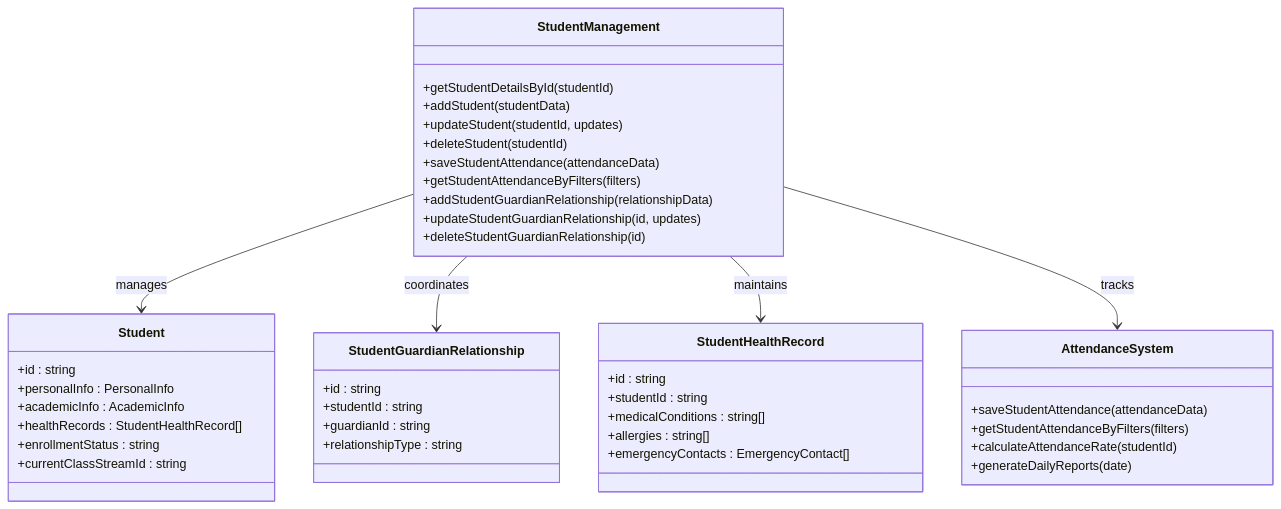
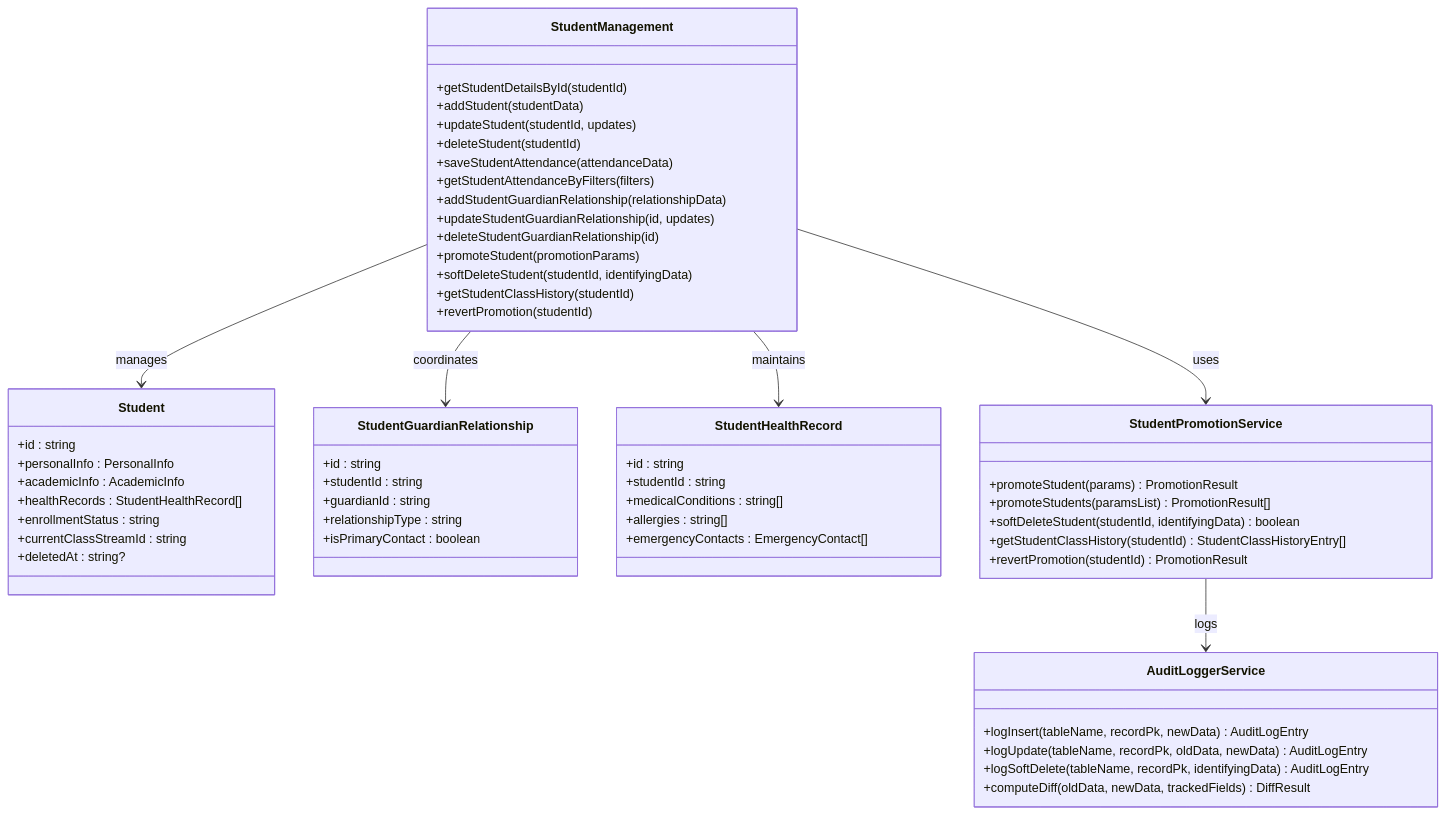
The fourth of 5 diagrams in .qoder/repowiki/en/content/Modules System/Administration Module.md (geniusdynamics/schoolpilot), drawn with Mermaid before and after one commit. The commit also changed other lines of this file and 21 other files, not shown here.

````diff
--- a/.qoder/repowiki/en/content/Modules System/Administration Module.md
+++ b/.qoder/repowiki/en/content/Modules System/Administration Module.md
@@ -262,45 +505,59 @@
 ```mermaid
 classDiagram
 class StudentManagement {
 +getStudentDetailsById(studentId)
 +addStudent(studentData)
 +updateStudent(studentId, updates)
 +deleteStudent(studentId)
 +saveStudentAttendance(attendanceData)
 +getStudentAttendanceByFilters(filters)
 +addStudentGuardianRelationship(relationshipData)
 +updateStudentGuardianRelationship(id, updates)
 +deleteStudentGuardianRelationship(id)
++promoteStudent(promotionParams)
++softDeleteStudent(studentId, identifyingData)
++getStudentClassHistory(studentId)
++revertPromotion(studentId)
 }
 class Student {
 +id : string
 +personalInfo : PersonalInfo
 +academicInfo : AcademicInfo
 +healthRecords : StudentHealthRecord[]
 +enrollmentStatus : string
 +currentClassStreamId : string
++deletedAt : string?
 }
 class StudentGuardianRelationship {
 +id : string
 +studentId : string
 +guardianId : string
 +relationshipType : string
++isPrimaryContact : boolean
 }
 class StudentHealthRecord {
 +id : string
 +studentId : string
 +medicalConditions : string[]
 +allergies : string[]
 +emergencyContacts : EmergencyContact[]
 }
-class AttendanceSystem {
-+saveStudentAttendance(attendanceData)
-+getStudentAttendanceByFilters(filters)
-+calculateAttendanceRate(studentId)
-+generateDailyReports(date)
+class StudentPromotionService {
++promoteStudent(params) PromotionResult
++promoteStudents(paramsList) PromotionResult[]
++softDeleteStudent(studentId, identifyingData) boolean
++getStudentClassHistory(studentId) StudentClassHistoryEntry[]
++revertPromotion(studentId) PromotionResult
+}
+class AuditLoggerService {
++logInsert(tableName, recordPk, newData) AuditLogEntry
++logUpdate(tableName, recordPk, oldData, newData) AuditLogEntry
++logSoftDelete(tableName, recordPk, identifyingData) AuditLogEntry
++computeDiff(oldData, newData, trackedFields) DiffResult
 }
 StudentManagement --> Student : manages
 StudentManagement --> StudentGuardianRelationship : coordinates
 StudentManagement --> StudentHealthRecord : maintains
-StudentManagement --> AttendanceSystem : tracks
+StudentManagement --> StudentPromotionService : uses
+StudentPromotionService --> AuditLoggerService : logs
 ```
````
